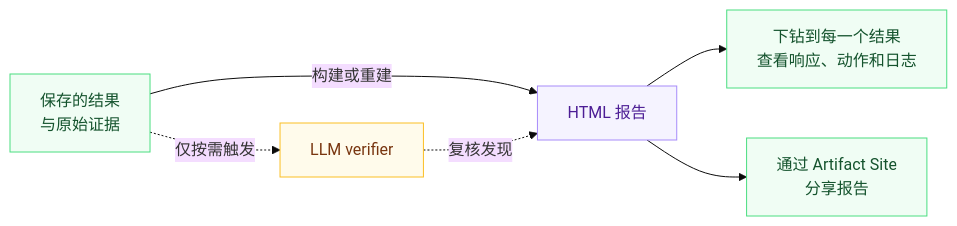
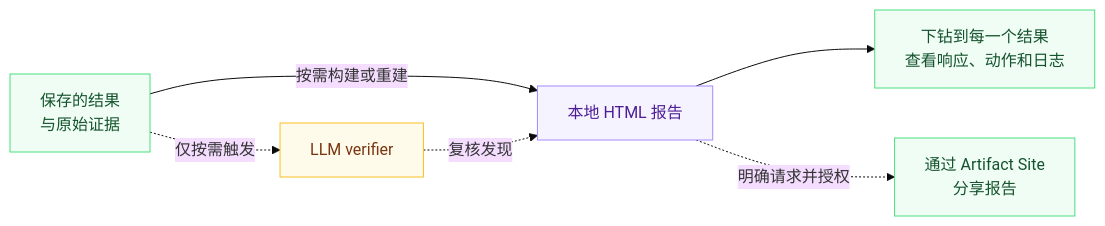
The fifth of 5 diagrams in docs/README.zh-CN.md (lexmount/browser-eval), drawn with Mermaid (base theme) before and after one commit. The commit also changed other lines of this file and 872 other files, not shown here.

````diff
--- a/docs/README.zh-CN.md
+++ b/docs/README.zh-CN.md
@@ -123,12 +121,12 @@
 ```mermaid
 flowchart LR
-    A["保存的结果<br/>与原始证据"]:::evidence -->|构建或重建| B["HTML 报告"]:::run
+    A["保存的结果<br/>与原始证据"]:::evidence -->|按需构建或重建| B["本地 HTML 报告"]:::run
     B --> C["下钻到每一个结果<br/>查看响应、动作和日志"]:::evidence
-    B --> D["通过 Artifact Site<br/>分享报告"]:::evidence
+    B -. 明确请求并授权 .-> D["通过 Artifact Site<br/>分享报告"]:::evidence
     A -. 仅按需触发 .-> V["LLM verifier"]:::score
     V -. 复核发现 .-> B
     classDef input fill:#eff6ff,stroke:#60a5fa,color:#1e3a8a
     classDef run fill:#f5f3ff,stroke:#a78bfa,color:#4c1d95
     classDef evidence fill:#f0fdf4,stroke:#4ade80,color:#14532d
     classDef score fill:#fffbeb,stroke:#fbbf24,color:#78350f
 ```
````
